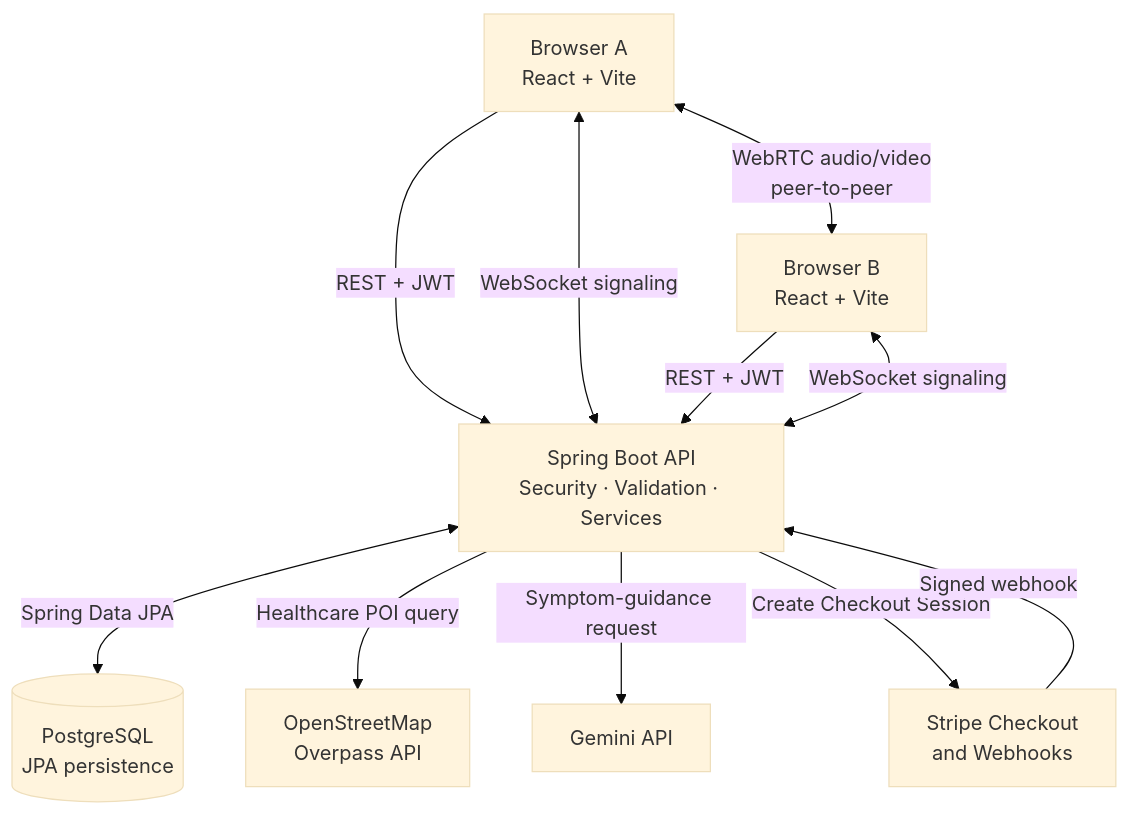
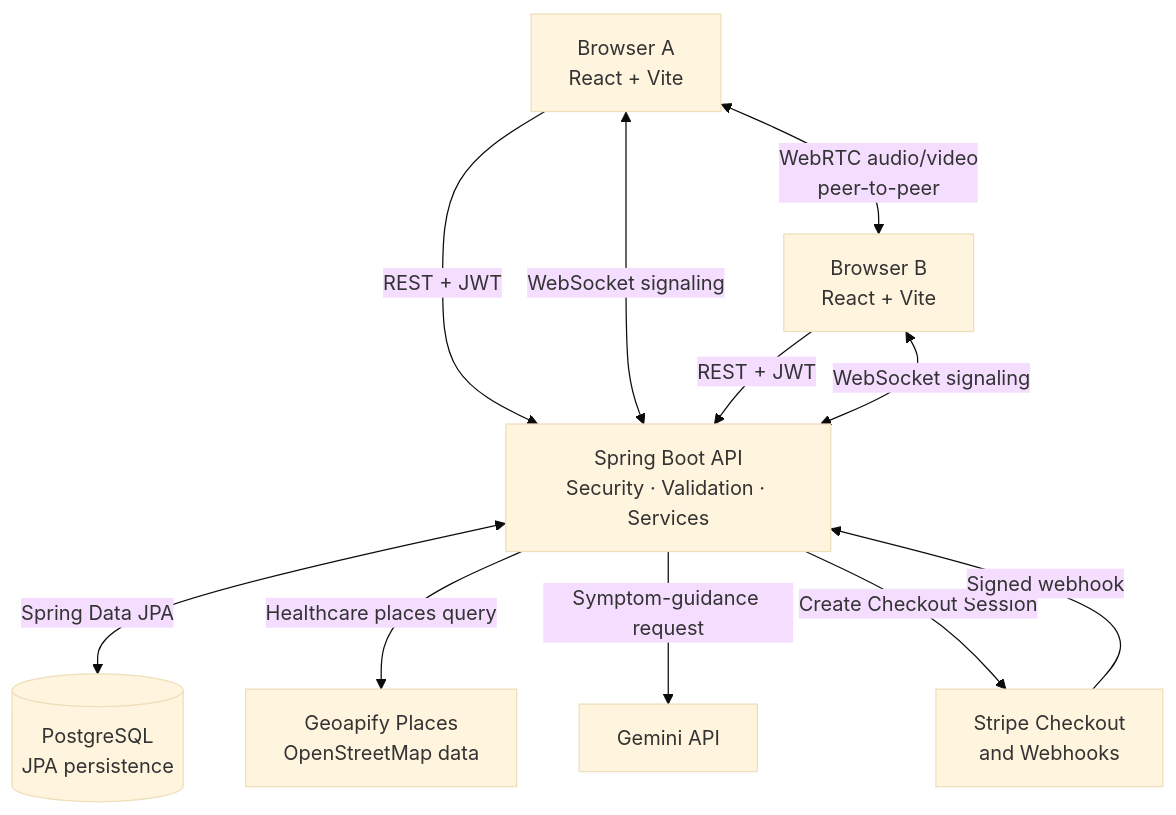
Before and after one commit to suhanigupta23/Saarthi: the first of 5 diagrams in README.md, drawn with Mermaid (base theme). The commit also changed other lines of this file and 17 other files, not shown here.

Commit message:
feat: integrate Geoapify nearby healthcare search with radius fallback

````diff
--- a/README.md
+++ b/README.md
@@ -61,22 +62,22 @@
 ```mermaid
 flowchart TB
     A["Browser A<br/>React + Vite"]
     B["Browser B<br/>React + Vite"]
     API["Spring Boot API<br/>Security · Validation · Services"]
     DB[("PostgreSQL<br/>JPA persistence")]
-    OSM["OpenStreetMap<br/>Overpass API"]
+    OSM["Geoapify Places<br/>OpenStreetMap data"]
     GEMINI["Gemini API"]
     STRIPE["Stripe Checkout<br/>and Webhooks"]
 
     A -->|"REST + JWT"| API
     B -->|"REST + JWT"| API
     A <-->|"WebSocket signaling"| API
     B <-->|"WebSocket signaling"| API
     A <-->|"WebRTC audio/video<br/>peer-to-peer"| B
 
     API <-->|"Spring Data JPA"| DB
-    API -->|"Healthcare POI query"| OSM
+    API -->|"Healthcare places query"| OSM
     API -->|"Symptom-guidance request"| GEMINI
     API -->|"Create Checkout Session"| STRIPE
     STRIPE -->|"Signed webhook"| API
 ```
````
